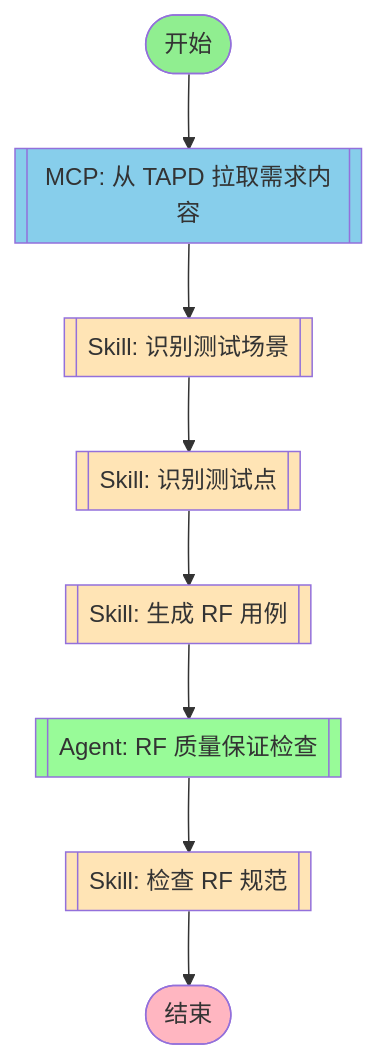
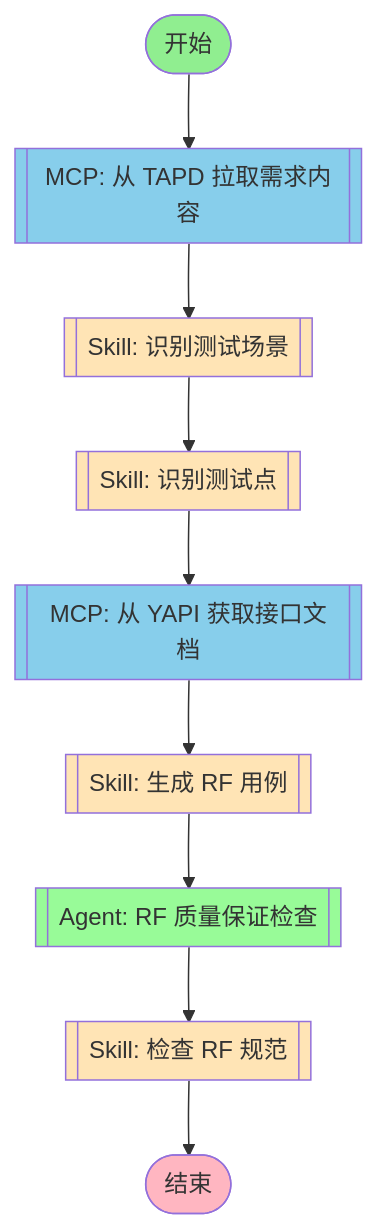
Before and after one commit to JoeyTrribbiani/rf-testing-plugin: the diagram in 05-plugins/rf-testing/workflows/requirement-to-rf.md, drawn with Mermaid. The commit also changed other lines of this file and 1 other file, not shown here.

Commit message:
feat: update requirement-to-rf and rf-to-tapd workflows with YAPI and RF execute stages

````diff
--- a/05-plugins/rf-testing/workflows/requirement-to-rf.md
+++ b/05-plugins/rf-testing/workflows/requirement-to-rf.md
@@ -6,29 +6,32 @@
 ```mermaid
 flowchart TD
     start_node([开始])
     end_node([结束])
 
     mcp_fetch[[MCP: 从 TAPD 拉取需求内容]]
     skill_scenario[[Skill: 识别测试场景]]
     skill_points[[Skill: 识别测试点]]
+    mcp_yapi[[MCP: 从 YAPI 获取接口文档]]
     skill_generation[[Skill: 生成 RF 用例]]
     agent_rf_qa[[Agent: RF 质量保证检查]]
     skill_validation[[Skill: 检查 RF 规范]]
 
     start_node --> mcp_fetch
     mcp_fetch --> skill_scenario
     skill_scenario --> skill_points
-    skill_points --> skill_generation
+    skill_points --> mcp_yapi
+    mcp_yapi --> skill_generation
     skill_generation --> agent_rf_qa
     agent_rf_qa --> skill_validation
     skill_validation --> end_node
 
     style start_node fill:#90EE90
     style end_node fill:#FFB6C1
     style mcp_fetch fill:#87CEEB
+    style mcp_yapi fill:#87CEEB
     style skill_scenario fill:#FFE4B5
     style skill_points fill:#FFE4B5
     style skill_generation fill:#FFE4B5
     style agent_rf_qa fill:#98FB98
     style skill_validation fill:#FFE4B5
 ```
````
